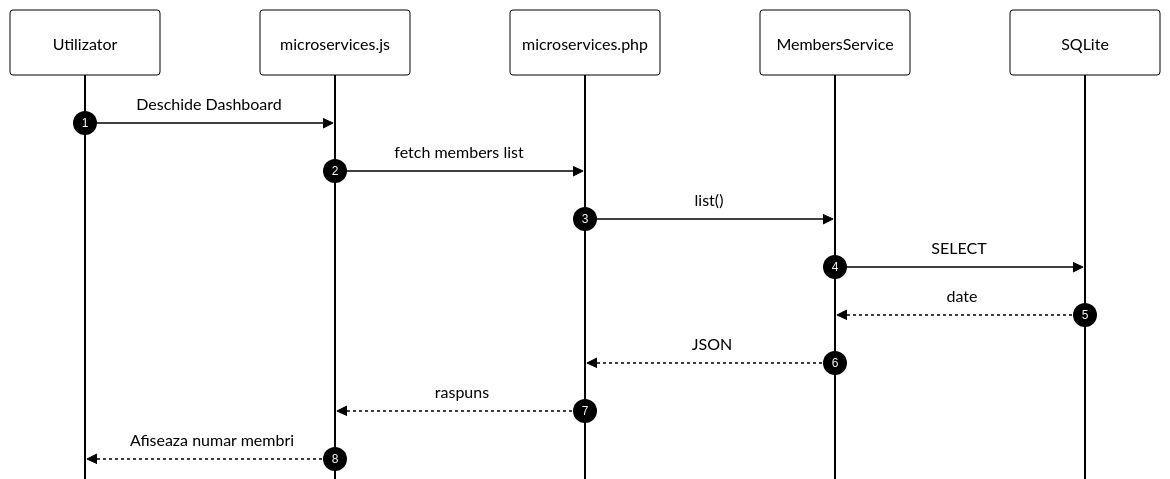
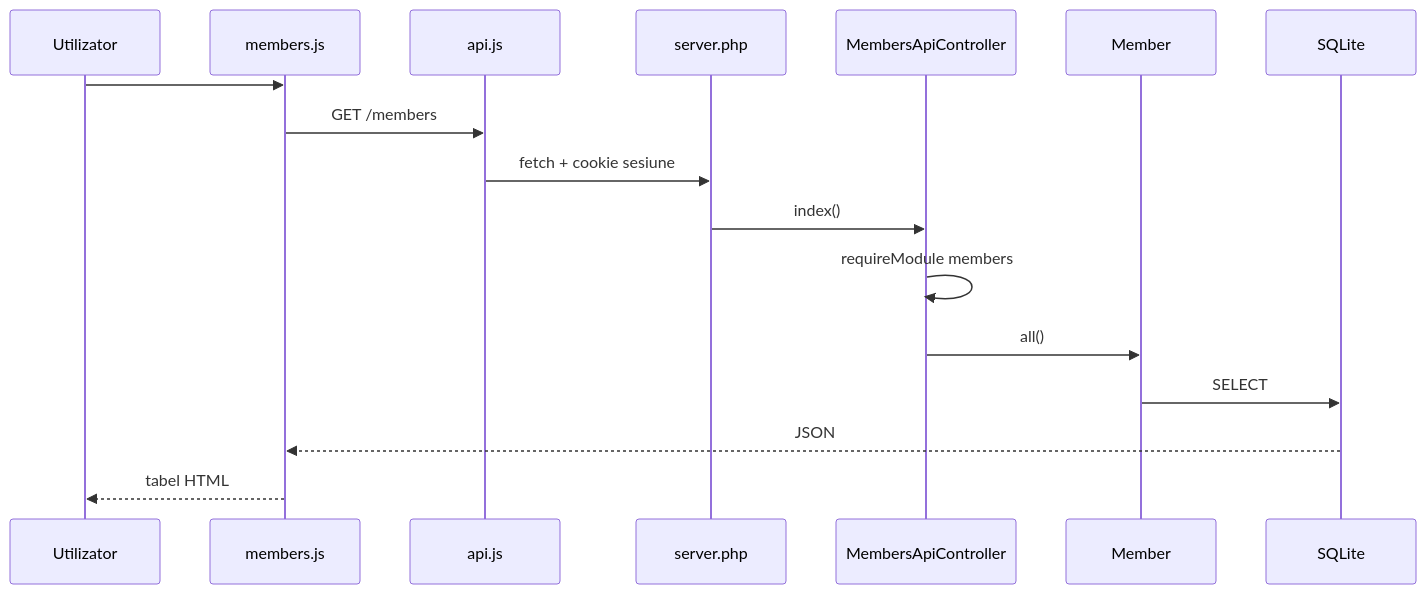
The fifth of 12 diagrams in docs/ARCHITECTURE.md (ricardofilipebondor/web-technologies-2026), drawn with Mermaid before and after one commit. The commit also changed other lines of this file and 20 other files, not shown here.

````diff
--- a/docs/ARCHITECTURE.md
+++ b/docs/ARCHITECTURE.md
@@ -83,19 +94,20 @@
 ```mermaid
-%%{init: {'theme':'base','themeVariables':{'darkMode':false,'background':'#ffffff','mainBkg':'#ffffff','primaryColor':'#ffffff','primaryTextColor':'#000000','primaryBorderColor':'#000000','lineColor':'#000000','actorBkg':'#ffffff','actorBorder':'#000000','actorTextColor':'#000000','signalColor':'#000000','labelBoxBkgColor':'#ffffff','labelTextColor':'#000000','noteBkgColor':'#ffffff','noteTextColor':'#000000','fontSize':'20px','fontFamily':'Arial'},'sequence':{'actorMargin':100,'messageMargin':50,'mirrorActors':false,'wrap':true}}}%%
 sequenceDiagram
-    autonumber
     participant U as Utilizator
-    participant JS as microservices.js
-    participant API as microservices.php
-    participant S as MembersService
+    participant P as members.js
+    participant A as api.js
+    participant S as server.php
+    participant C as MembersApiController
+    participant M as Member
     participant DB as SQLite
 
-    U->>JS: Deschide Dashboard
-    JS->>API: fetch members list
-    API->>S: list()
-    S->>DB: SELECT
-    DB-->>S: date
-    S-->>API: JSON
-    API-->>JS: raspuns
-    JS-->>U: Afiseaza numar membri
+    U->>P: #/members
+    P->>A: GET /members
+    A->>S: fetch + cookie sesiune
+    S->>C: index()
+    C->>C: requireModule members
+    C->>M: all()
+    M->>DB: SELECT
+    DB-->>P: JSON
+    P-->>U: tabel HTML
 ```
````
